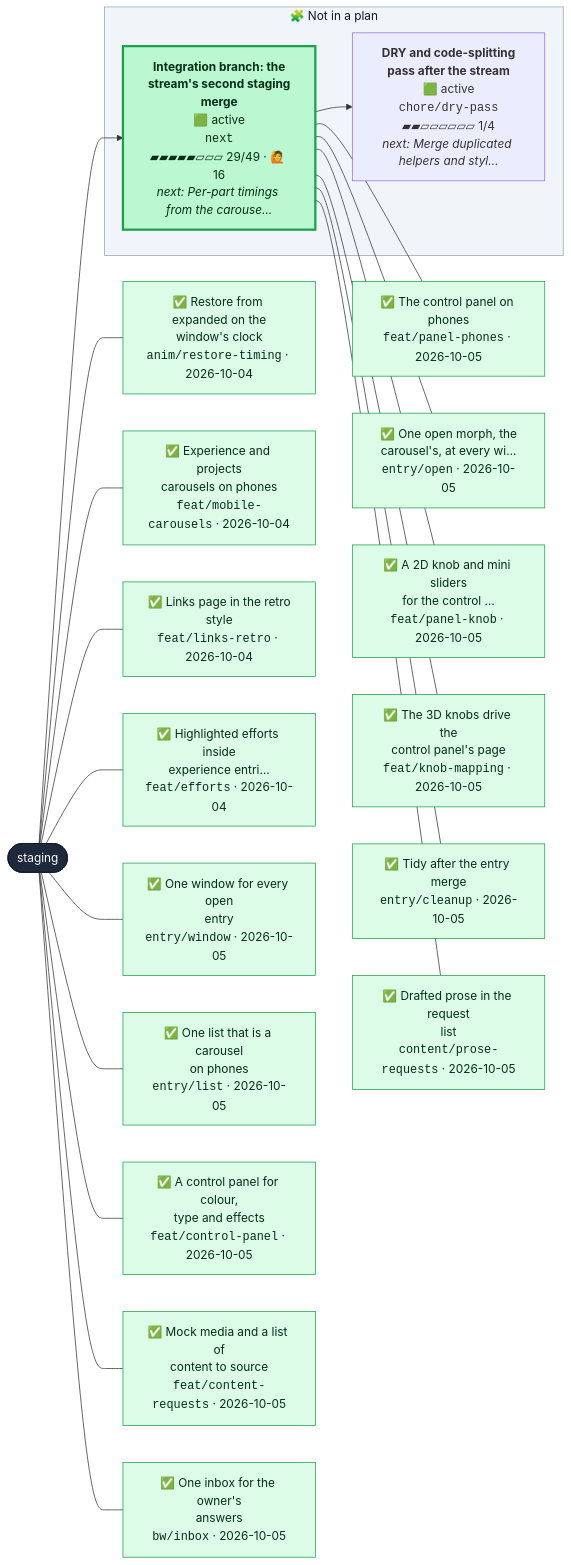
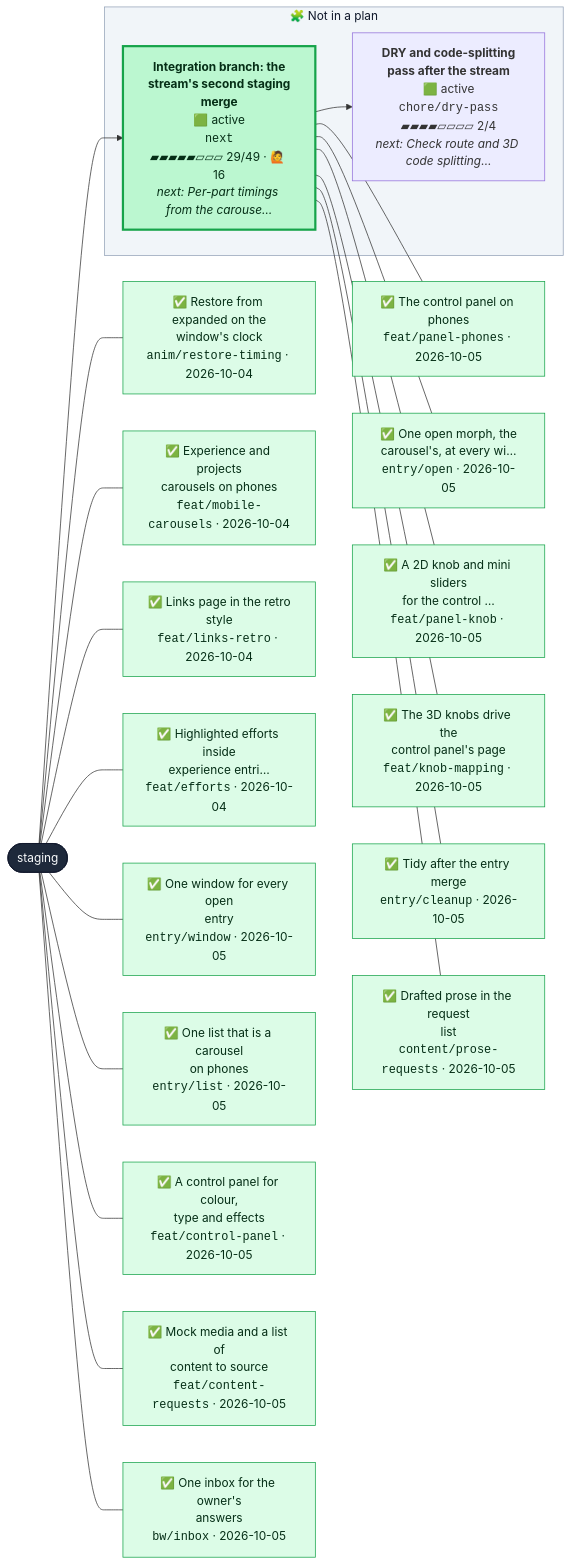
The second of 2 diagrams in CONTRIBUTING.md (henryjonescodes/portfolio), drawn with Mermaid before and after one commit. The commit also changed other lines of this file, not shown here.

````diff
--- a/CONTRIBUTING.md
+++ b/CONTRIBUTING.md
@@ -63,68 +60,68 @@
 ```mermaid
 flowchart LR
   n_staging([staging])
   class n_staging trunk
   subgraph loose["🧩 Not in a plan"]
-    n_chore_dry_pass["<b>DRY and code-splitting<br/>pass after the stream</b><br/>🟩 active<br/><code>chore/dry-pass</code><br/>▰▰▱▱▱▱▱▱ 1/4<br/><i>next: Merge duplicated helpers and styl…</i>"]
+    n_chore_dry_pass["<b>DRY and code-splitting<br/>pass after the stream</b><br/>🟩 active<br/><code>chore/dry-pass</code><br/>▰▰▰▰▱▱▱▱ 2/4<br/><i>next: Check route and 3D code splitting…</i>"]
     class n_chore_dry_pass active,current
     n_next["<b>Integration branch: the<br/>stream's second staging<br/>merge</b><br/>🟩 active<br/><code>next</code><br/>▰▰▰▰▰▱▱▱ 29/49 · 🙋 16<br/><i>next: Per-part timings from the carouse…</i>"]
     class n_next active
   end
   style loose fill:#f1f5f9,stroke:#94a3b8,color:#0f172a
   n_next --> n_chore_dry_pass
   n_staging --> n_next
   landed_0["✅ Restore from expanded on the<br/>window's clock<br/><code>anim/restore-timing</code> · 2026-10-04"]
   class landed_0 merged
   n_staging --- landed_0
   landed_1["✅ Experience and projects<br/>carousels on phones<br/><code>feat/mobile-carousels</code> · 2026-10-04"]
   class landed_1 merged
   n_staging --- landed_1
   landed_2["✅ Links page in the retro<br/>style<br/><code>feat/links-retro</code> · 2026-10-04"]
   class landed_2 merged
   n_staging --- landed_2
   landed_3["✅ Highlighted efforts inside<br/>experience entri…<br/><code>feat/efforts</code> · 2026-10-04"]
   class landed_3 merged
   n_staging --- landed_3
   landed_4["✅ One window for every open<br/>entry<br/><code>entry/window</code> · 2026-10-05"]
   class landed_4 merged
   n_staging --- landed_4
   landed_5["✅ One list that is a carousel<br/>on phones<br/><code>entry/list</code> · 2026-10-05"]
   class landed_5 merged
   n_staging --- landed_5
   landed_6["✅ A control panel for colour,<br/>type and effects<br/><code>feat/control-panel</code> · 2026-10-05"]
   class landed_6 merged
   n_staging --- landed_6
   landed_7["✅ Mock media and a list of<br/>content to source<br/><code>feat/content-requests</code> · 2026-10-05"]
   class landed_7 merged
   n_staging --- landed_7
   landed_8["✅ One inbox for the owner's<br/>answers<br/><code>bw/inbox</code> · 2026-10-05"]
   class landed_8 merged
   n_staging --- landed_8
   landed_9["✅ The control panel on phones<br/><code>feat/panel-phones</code> · 2026-10-05"]
   class landed_9 merged
   n_next --- landed_9
   landed_10["✅ One open morph, the<br/>carousel's, at every wi…<br/><code>entry/open</code> · 2026-10-05"]
   class landed_10 merged
   n_next --- landed_10
   landed_11["✅ A 2D knob and mini sliders<br/>for the control …<br/><code>feat/panel-knob</code> · 2026-10-05"]
   class landed_11 merged
   n_next --- landed_11
   landed_12["✅ The 3D knobs drive the<br/>control panel's page<br/><code>feat/knob-mapping</code> · 2026-10-05"]
   class landed_12 merged
   n_next --- landed_12
   landed_13["✅ Tidy after the entry merge<br/><code>entry/cleanup</code> · 2026-10-05"]
   class landed_13 merged
   n_next --- landed_13
   landed_14["✅ Drafted prose in the request<br/>list<br/><code>content/prose-requests</code> · 2026-10-05"]
   class landed_14 merged
   n_next --- landed_14
   classDef merged fill:#dcfce7,stroke:#16a34a,color:#052e16
   classDef todo fill:#ffffff,stroke:#94a3b8,stroke-dasharray:2 2,color:#334155
   classDef planned fill:#c7d2fe,stroke:#4f46e5,color:#1e1b4b
   classDef sketched fill:#f8fafc,stroke:#64748b,stroke-dasharray:4 3,color:#334155
   classDef active fill:#bbf7d0,stroke:#16a34a,stroke-width:3px,color:#052e16
   classDef review fill:#fde68a,stroke:#d97706,stroke-width:3px,color:#451a03
   classDef blocked fill:#fecaca,stroke:#dc2626,stroke-width:3px,color:#450a0a
   classDef trunk fill:#1e293b,stroke:#0f172a,color:#f8fafc
   classDef current stroke:#0ea5e9,stroke-width:5px
 ```
````
